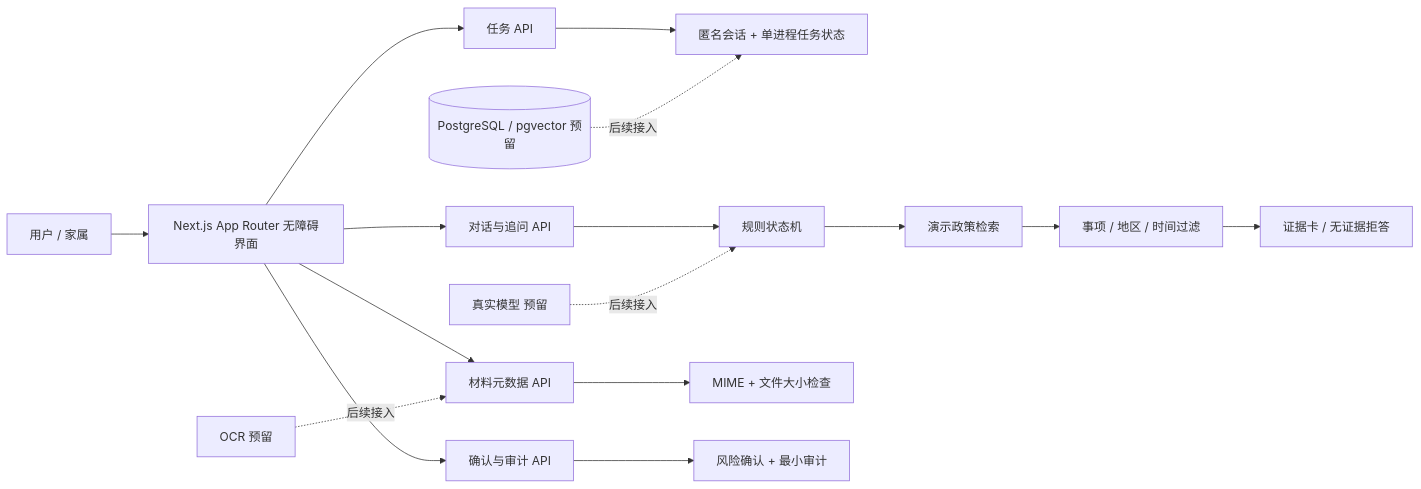
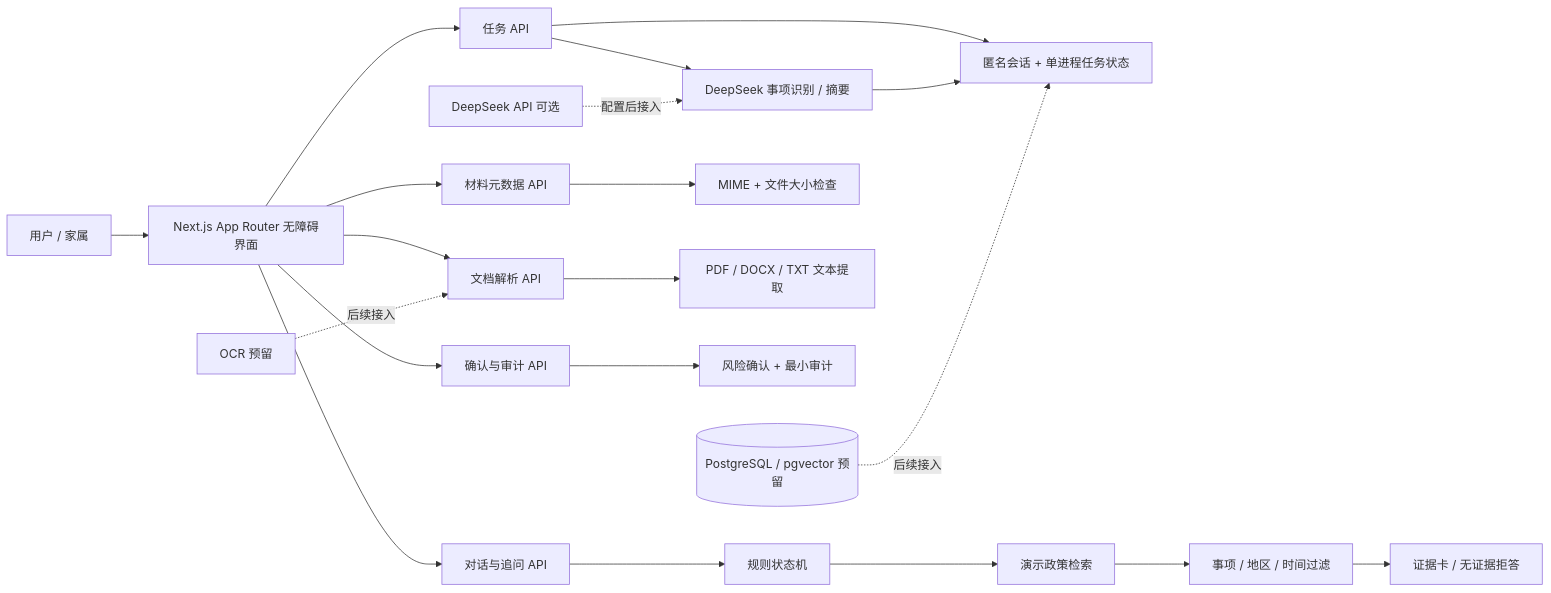
Before and after one commit to Git-985/Smart-AI: the diagram in README.md, drawn with Mermaid. The commit also changed other lines of this file and 20 other files, not shown here.

Commit message:
feat: add optional DeepSeek analysis and document parsing

````diff
--- a/README.md
+++ b/README.md
@@ -36,21 +39,25 @@
 ```mermaid
 flowchart LR
   U[用户 / 家属] --> UI[Next.js App Router 无障碍界面]
   UI --> T[任务 API]
   UI --> C[对话与追问 API]
   UI --> D[材料元数据 API]
+  UI --> P[文档解析 API]
   UI --> A[确认与审计 API]
 
   T --> S[匿名会话 + 单进程任务状态]
+  T --> AI[DeepSeek 事项识别 / 摘要]
+  AI --> S
   C --> W[规则状态机]
   W --> R[演示政策检索]
   R --> F[事项 / 地区 / 时间过滤]
   F --> E[证据卡 / 无证据拒答]
 
   D --> M[MIME + 文件大小检查]
+  P --> X[PDF / DOCX / TXT 文本提取]
   A --> H[风险确认 + 最小审计]
 
   DB[(PostgreSQL / pgvector 预留)] -. 后续接入 .-> S
-  LLM[真实模型 预留] -. 后续接入 .-> W
-  OCR[OCR 预留] -. 后续接入 .-> D
+  LLM[DeepSeek API 可选] -. 配置后接入 .-> AI
+  OCR[OCR 预留] -. 后续接入 .-> P
 ```
````
